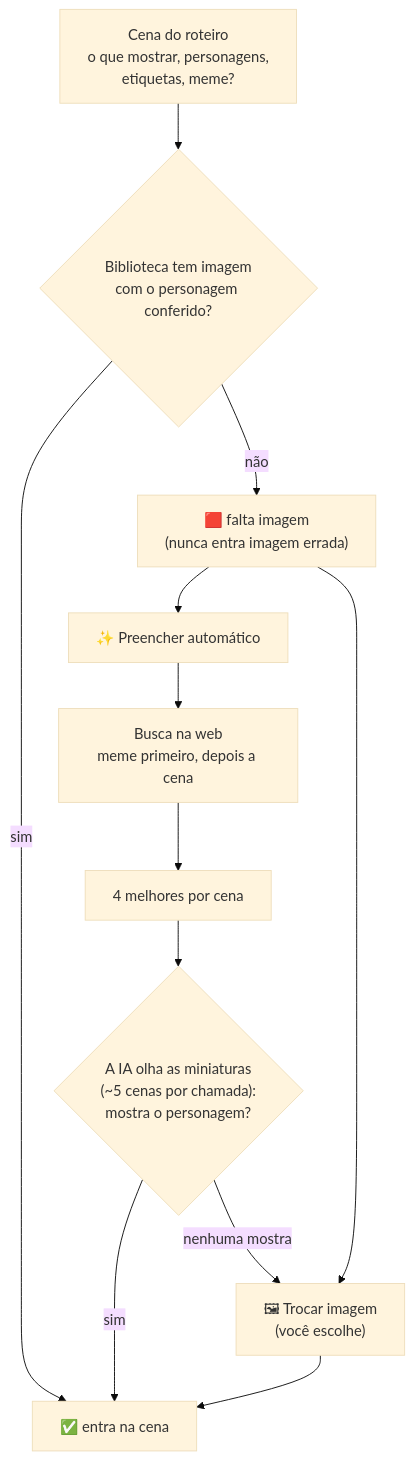
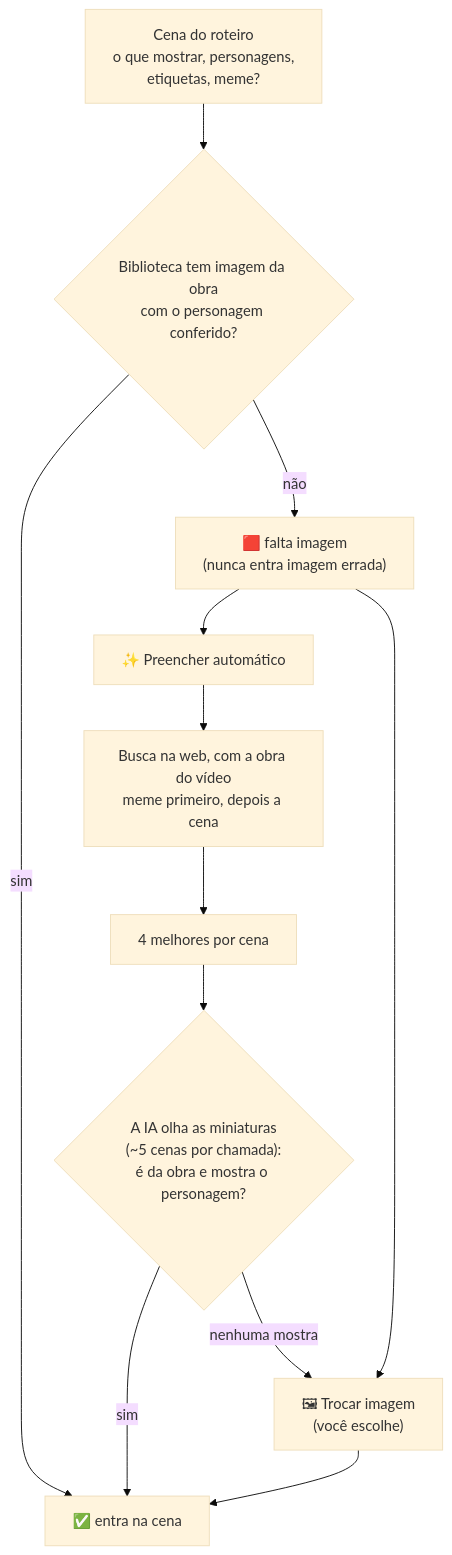
One commit to Edugiyuu/InstaSearch changed the diagram in docs/diagramas/09-montagem-e-imagens.mmd. Above: the diagram before and after it, drawn with Mermaid (base theme). The commit also changed 16 other files, not shown here.

First line of the commit message:
fix: imagens do assunto do vídeo, não de outra obra (ADR 0024)

```diff
--- a/docs/diagramas/09-montagem-e-imagens.mmd
+++ b/docs/diagramas/09-montagem-e-imagens.mmd
@@ -1,12 +1,12 @@
 flowchart TD
-    B["Cena do roteiro<br/>o que mostrar, personagens,<br/>etiquetas, meme?"] --> L{"Biblioteca tem imagem<br/>com o personagem conferido?"}
+    B["Cena do roteiro<br/>o que mostrar, personagens,<br/>etiquetas, meme?"] --> L{"Biblioteca tem imagem da obra<br/>com o personagem conferido?"}
     L -- "sim" --> OK["✅ entra na cena"]
     L -- "não" --> MISS["🟥 falta imagem<br/>(nunca entra imagem errada)"]
     MISS --> AUTO["✨ Preencher automático"]
     MISS --> HAND["🖼 Trocar imagem<br/>(você escolhe)"]
-    AUTO --> SRCH["Busca na web<br/>meme primeiro, depois a cena"]
+    AUTO --> SRCH["Busca na web, com a obra do vídeo<br/>meme primeiro, depois a cena"]
     SRCH --> TOP["4 melhores por cena"]
-    TOP --> VIS{"A IA olha as miniaturas<br/>(~5 cenas por chamada):<br/>mostra o personagem?"}
+    TOP --> VIS{"A IA olha as miniaturas<br/>(~5 cenas por chamada):<br/>é da obra e mostra o personagem?"}
     VIS -- "sim" --> OK
     VIS -- "nenhuma mostra" --> HAND
     HAND --> OK
```
